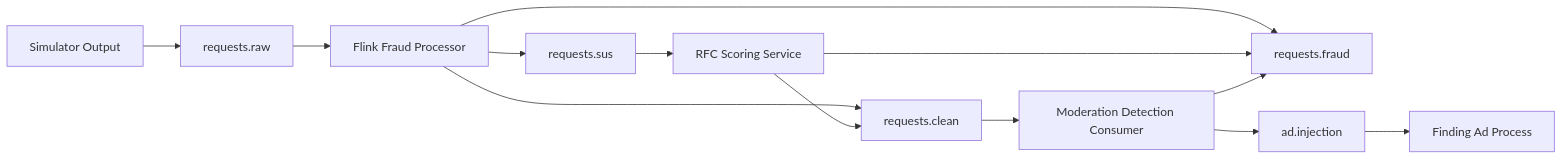
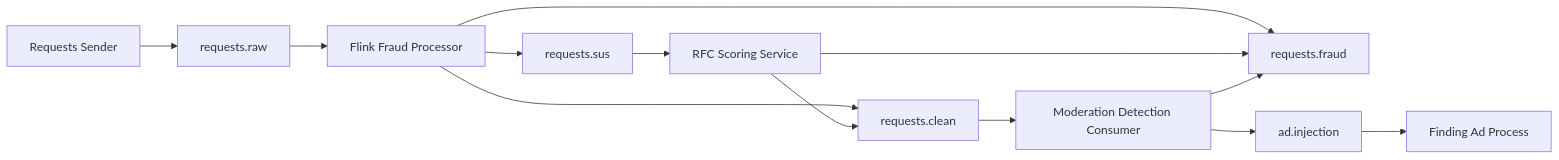
One commit to IamMistake/ai-ad-request-safety-pipeline changed the diagram in docs/kafka_topics.md. Above: the diagram before and after it, drawn with Mermaid. The commit also changed 17 other files, not shown here.

````diff
--- a/docs/kafka_topics.md
+++ b/docs/kafka_topics.md
@@ -15,15 +15,15 @@
 ```mermaid
 flowchart LR
-    A[Simulator Output] --> B[requests.raw]
+    A[Requests Sender] --> B[requests.raw]
     B --> C[Flink Fraud Processor]
     C --> D[requests.sus]
     C --> E[requests.clean]
     C --> F[requests.fraud]
     D --> G[RFC Scoring Service]
     G --> E
     G --> F
     E --> H[Moderation Detection Consumer]
     H --> I[ad.injection]
     H --> F
     I --> J[Finding Ad Process]
 ```
````
